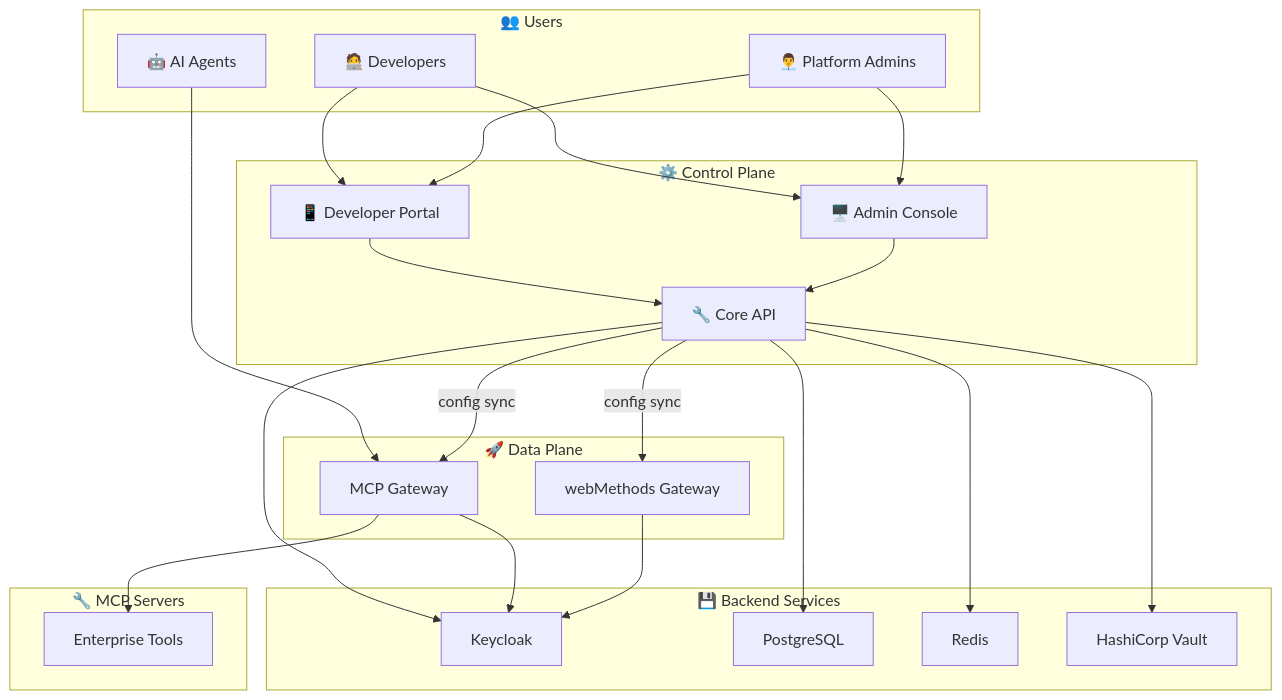
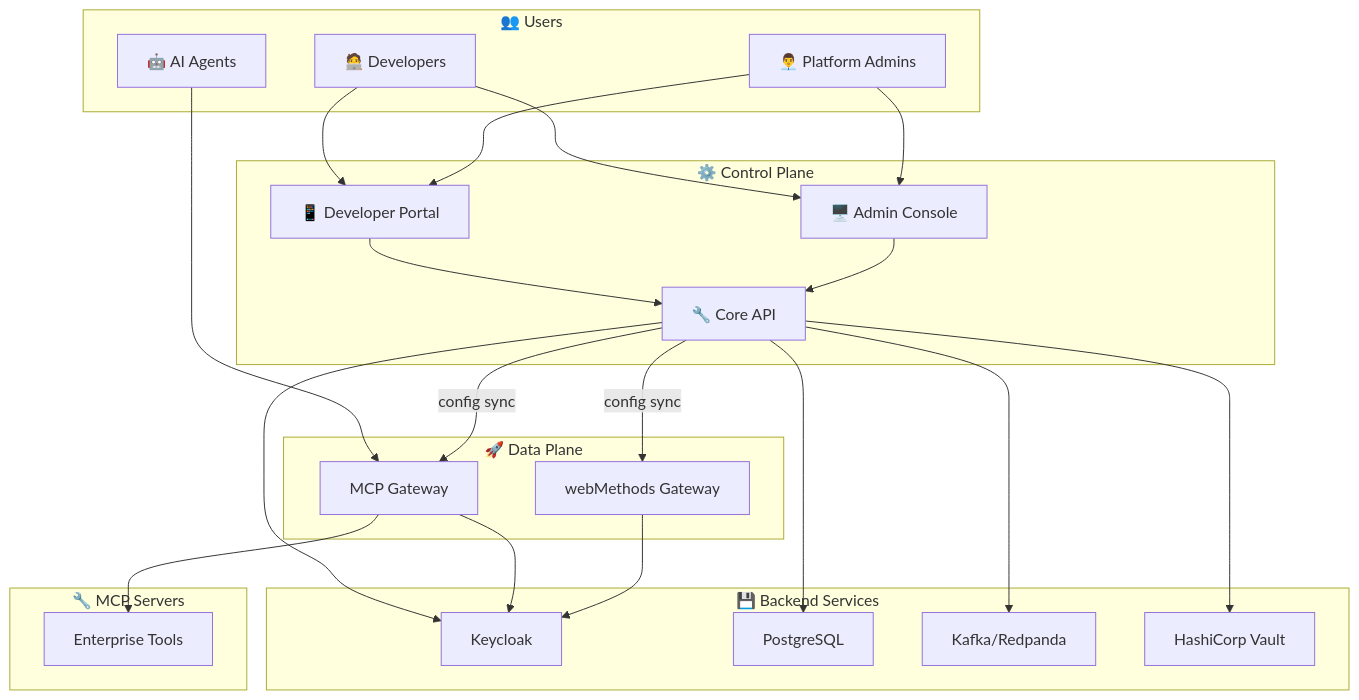
The first of 2 diagrams in docs/concepts/architecture.md (stoa-platform/stoa-docs), drawn with Mermaid before and after one commit. The commit also changed other lines of this file and 10 other files, not shown here.

````diff
--- a/docs/concepts/architecture.md
+++ b/docs/concepts/architecture.md
@@ -15,38 +15,38 @@
 ```mermaid
 flowchart TB
     subgraph Users["👥 Users"]
         Dev["🧑‍💻 Developers"]
         Admin["👨‍💼 Platform Admins"]
         AI["🤖 AI Agents"]
     end
 
     subgraph ControlPlane["⚙️ Control Plane"]
         Portal["📱 Developer Portal"]
         Console["🖥️ Admin Console"]
         CoreAPI["🔧 Core API"]
     end
 
     subgraph DataPlane["🚀 Data Plane"]
         MCPGateway["MCP Gateway"]
         WMGateway["webMethods Gateway"]
     end
 
     subgraph Backend["💾 Backend Services"]
         KC["Keycloak"]
         PG["PostgreSQL"]
-        Redis["Redis"]
+        Kafka["Kafka/Redpanda"]
         Vault["HashiCorp Vault"]
     end
 
     subgraph MCP["🔧 MCP Servers"]
         Tools["Enterprise Tools"]
     end
 
     Dev & Admin --> Portal & Console
     AI --> MCPGateway
     Portal & Console --> CoreAPI
     CoreAPI -->|"config sync"| MCPGateway & WMGateway
     MCPGateway --> Tools
-    CoreAPI --> PG & Redis & KC & Vault
+    CoreAPI --> PG & Kafka & KC & Vault
     MCPGateway & WMGateway --> KC
 ```
````
